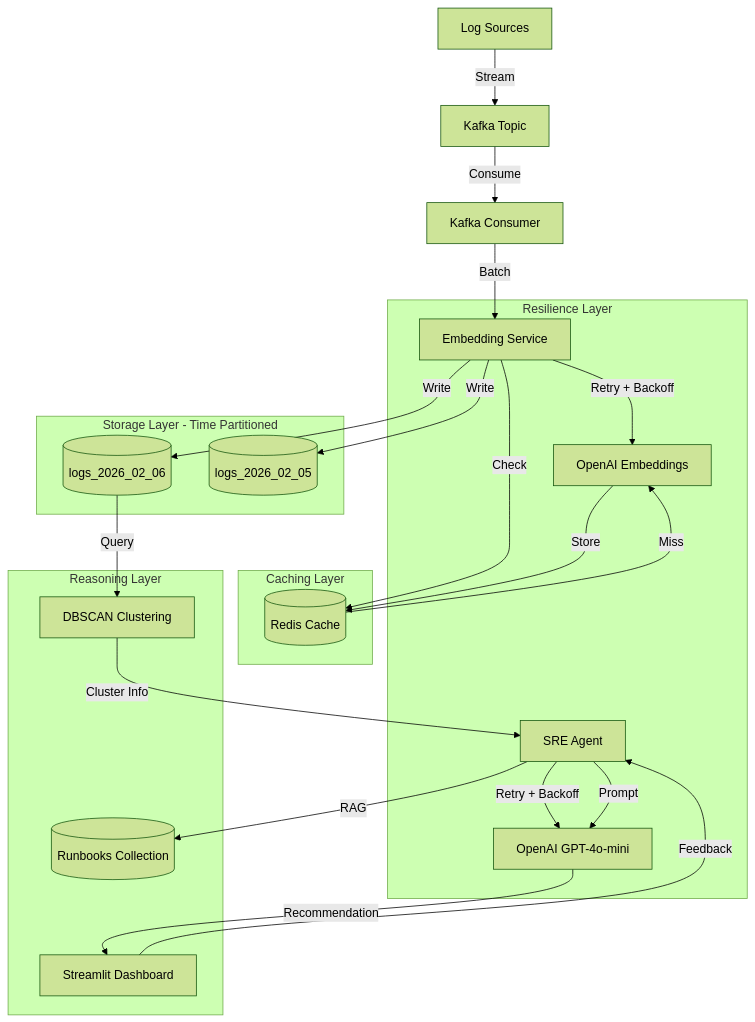
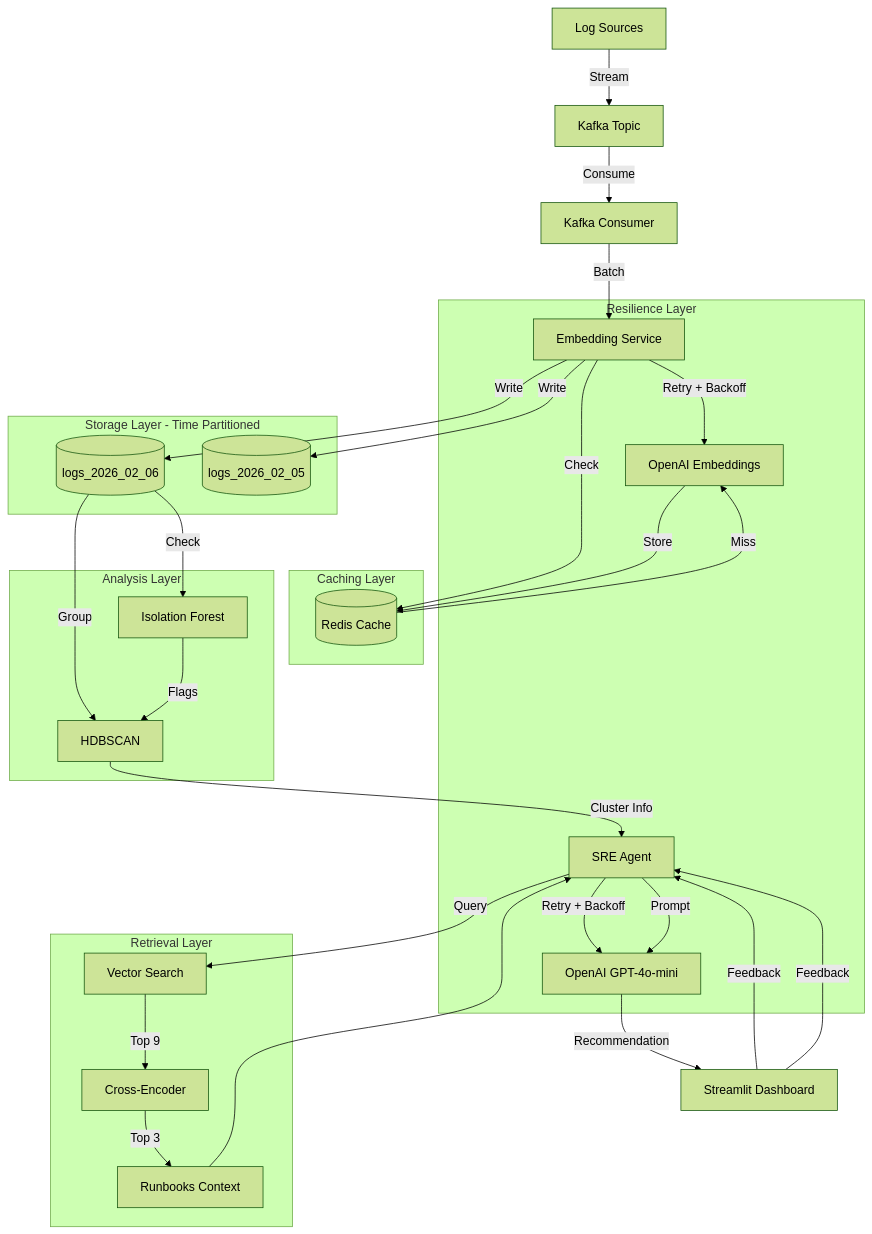
One commit to sanjibani/autonomous-sre-agent changed the diagram in README.md. Above: the diagram before and after it, drawn with Mermaid (forest theme). The commit also changed other lines of this file, not shown here.

Commit message:
Update README with ML enhancements and new architecture diagram

````diff
--- a/README.md
+++ b/README.md
@@ -24,32 +26,43 @@
 ```mermaid
 graph TD
     Logs[Log Sources] -->|Stream| Kafka[Kafka Topic]
     Kafka -->|Consume| Consumer[Kafka Consumer]
     Consumer -->|Batch| Embed[Embedding Service]
     
     subgraph "Resilience Layer"
         Embed -->|Retry + Backoff| OpenAI_Embed[OpenAI Embeddings]
         Agent -->|Retry + Backoff| OpenAI_LLM[OpenAI GPT-4o-mini]
     end
 
     subgraph "Caching Layer"
         Embed -->|Check| Redis[(Redis Cache)]
         Redis -->|Miss| OpenAI_Embed
         OpenAI_Embed -->|Store| Redis
     end
     
     subgraph "Storage Layer - Time Partitioned"
         Embed -->|Write| Today[(logs_2026_02_06)]
         Embed -->|Write| Yesterday[(logs_2026_02_05)]
     end
     
-    subgraph "Reasoning Layer"
-        Today -->|Query| Clustering[DBSCAN Clustering]
+    subgraph "Analysis Layer"
+        Today -->|Check| Anomaly[Isolation Forest]
+        Today -->|Group| Clustering[HDBSCAN]
+        Anomaly -->|Flags| Clustering
         Clustering -->|Cluster Info| Agent[SRE Agent]
-        Agent -->|RAG| Runbooks[(Runbooks Collection)]
-        Agent -->|Prompt| OpenAI_LLM
-        OpenAI_LLM -->|Recommendation| Dashboard[Streamlit Dashboard]
     end
+    
+    subgraph "Retrieval Layer"
+        Agent -->|Query| Chroma[Vector Search]
+        Chroma -->|Top 9| Rerank[Cross-Encoder]
+        Rerank -->|Top 3| Context[Runbooks Context]
+        Context --> Agent
+    end
+    
+    Agent -->|Prompt| OpenAI_LLM
+    OpenAI_LLM -->|Recommendation| Dashboard[Streamlit Dashboard]
+    
+    Dashboard -->|Feedback| Agent
     
     Dashboard -->|Feedback| Agent
 ```
````
